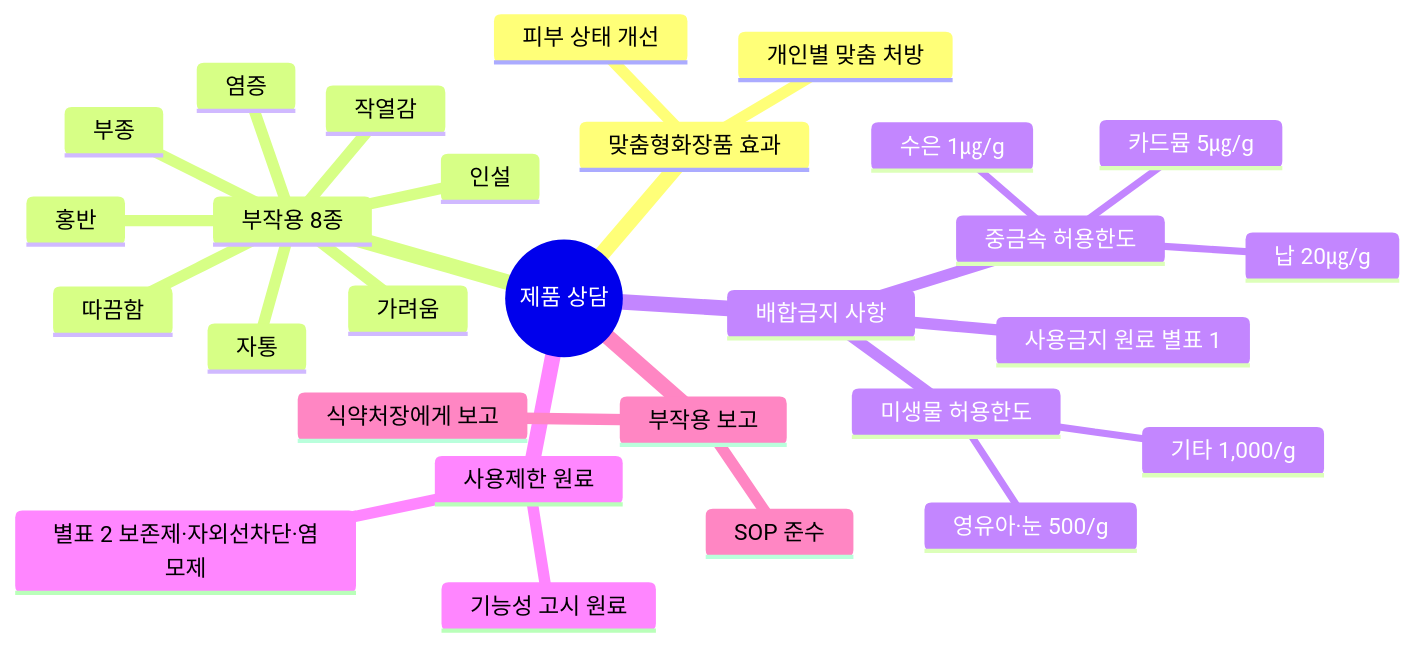
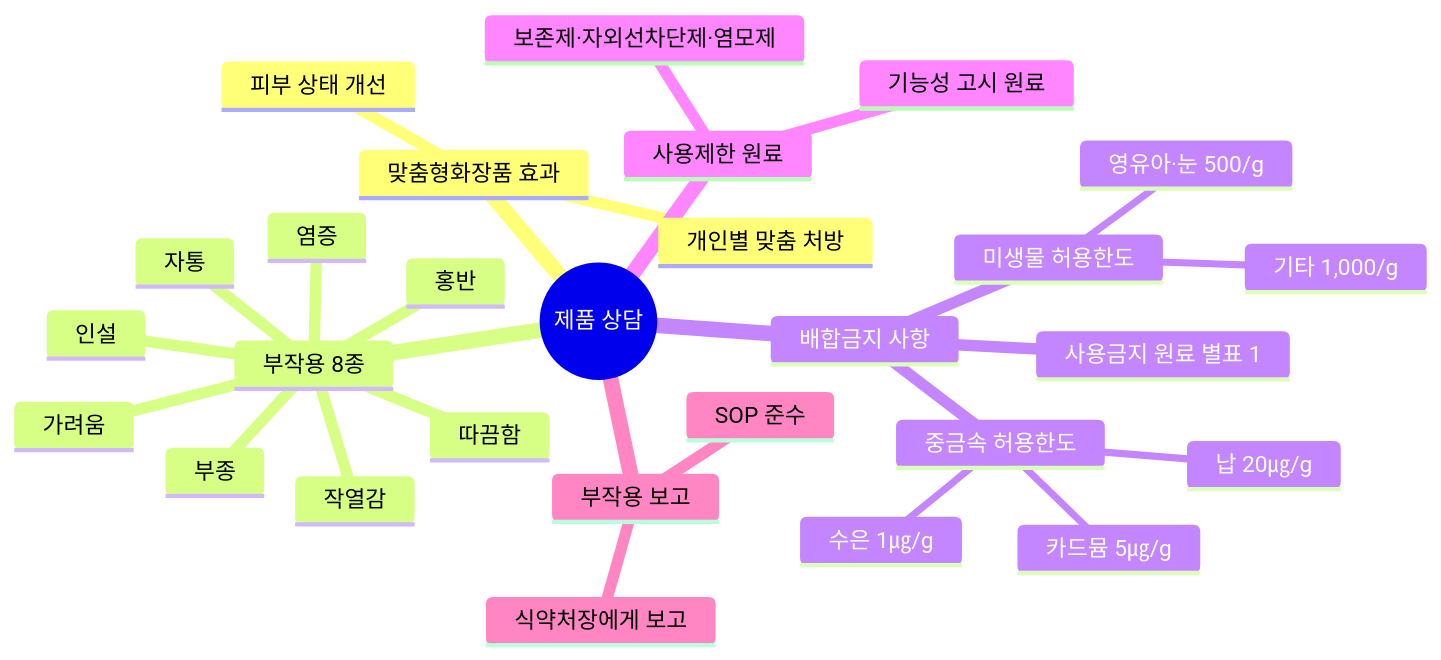
One commit to skygoldlee-cyber/Personalized_Skincare changed diagram 17 of 28 in content/교재/understanding/4과목_맞춤형화장품의이해_이야기형.md. Above: the diagram before and after it, drawn with Mermaid. The commit also changed other lines of this file and 4 other files, not shown here.

First line of the commit message:
fix: 마인드맵/표 "별표 2 보존제·자외선차단·염모제" 표기 정정 (4과목)

````diff
--- a/content/교재/understanding/4과목_맞춤형화장품의이해_이야기형.md
+++ b/content/교재/understanding/4과목_맞춤형화장품의이해_이야기형.md
@@ -2393,31 +2393,31 @@
 ```mermaid
 mindmap
  root((제품 상담))
   맞춤형화장품 효과
    피부 상태 개선
    개인별 맞춤 처방
   부작용 8종
    가려움
    따끔함
    부종
    염증
    인설
    자통
    작열감
    홍반
   배합금지 사항
    사용금지 원료 별표 1
    중금속 허용한도
     납 20㎍/g
     수은 1㎍/g
     카드뮴 5㎍/g
    미생물 허용한도
     영유아·눈 500/g
     기타 1,000/g
   사용제한 원료
-   별표 2 보존제·자외선차단·염모제
+   보존제·자외선차단제·염모제
    기능성 고시 원료
   부작용 보고
    식약처장에게 보고
    SOP 준수
 ```
````
